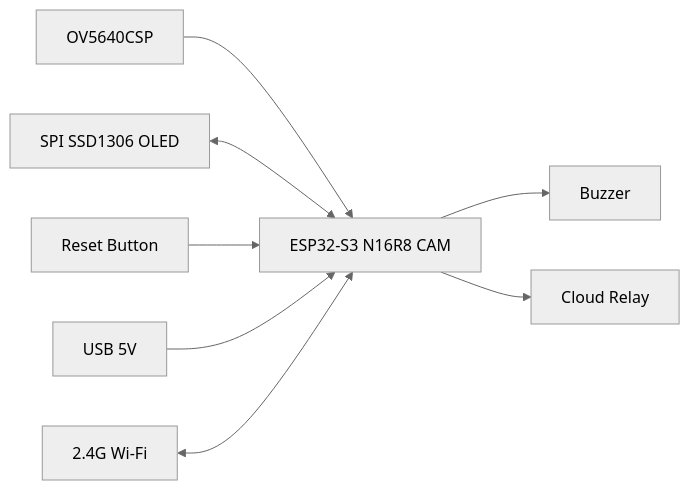
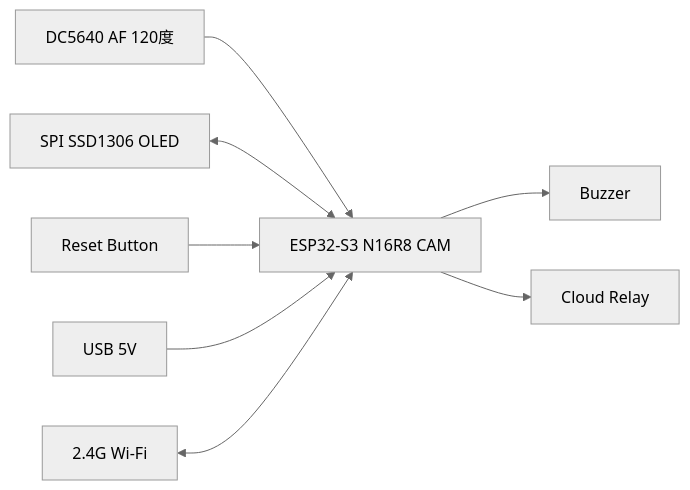
The first of 2 diagrams in embedded/docs/architecture.md (Muye2026/Bell-Robot), drawn with Mermaid (neutral theme) before and after one commit. The commit also changed 5 other files, not shown here.

````diff
--- a/embedded/docs/architecture.md
+++ b/embedded/docs/architecture.md
@@ -12,10 +12,10 @@
 ```mermaid
 flowchart LR
-  Camera["OV5640CSP"] --> MCU["ESP32-S3 N16R8 CAM"]
+  Camera["DC5640 AF 120度"] --> MCU["ESP32-S3 N16R8 CAM"]
   OLED["SPI SSD1306 OLED"] <--> MCU
   Button["Reset Button"] --> MCU
   MCU --> Buzzer["Buzzer"]
   USB["USB 5V"] --> MCU
   Router["2.4G Wi-Fi"] <--> MCU
   MCU --> Cloud["Cloud Relay"]
 ```
````
